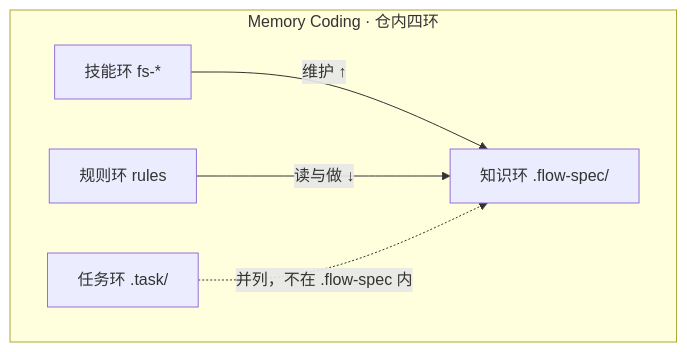
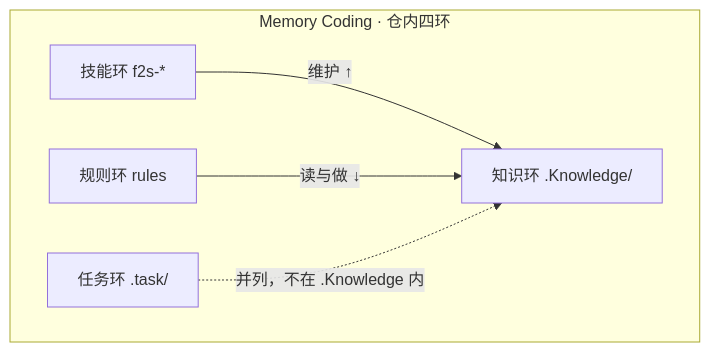
The first of 10 diagrams in docs/设计说明.md (double-coding-lab/Flow2Spec), drawn with Mermaid before and after one commit. The commit also changed other lines of this file and 27 other files, not shown here.

````diff
--- a/docs/设计说明.md
+++ b/docs/设计说明.md
@@ -39,12 +39,12 @@
 ```mermaid
 graph TB
     subgraph MC["Memory Coding · 仓内四环"]
-        KR["知识环 .flow-spec/"]
+        KR["知识环 .Knowledge/"]
         TR["任务环 .task/"]
         RR["规则环 rules"]
-        SR["技能环 fs-*"]
+        SR["技能环 f2s-*"]
     end
     SR -->|"维护 ↑"| KR
     RR -->|"读与做 ↓"| KR
-    TR -.->|"并列，不在 .flow-spec 内"| KR
+    TR -.->|"并列，不在 .Knowledge 内"| KR
 ```
````
